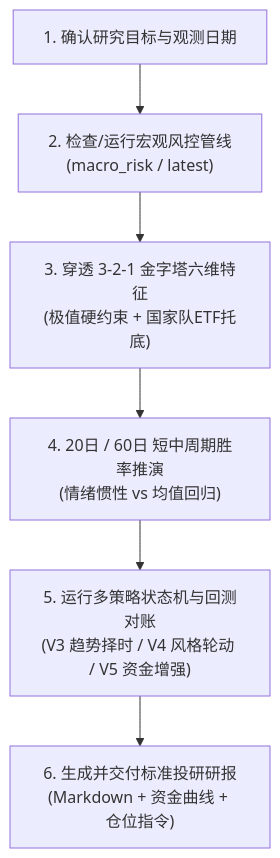
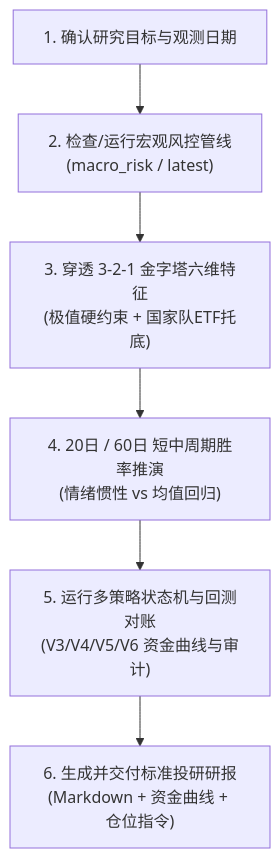
The diagram in .agents/skills/macro-risk-research/SKILL.md (aidenreed937/stock), drawn with Mermaid before and after one commit. The commit also changed other lines of this file and 4 other files, not shown here.

````diff
--- a/.agents/skills/macro-risk-research/SKILL.md
+++ b/.agents/skills/macro-risk-research/SKILL.md
@@ -32,8 +32,8 @@
 ```mermaid
 flowchart TD
     A["1. 确认研究目标与观测日期"] --> B["2. 检查/运行宏观风控管线<br>(macro_risk / latest)"]
     B --> C["3. 穿透 3-2-1 金字塔六维特征<br>(极值硬约束 + 国家队ETF托底)"]
     C --> D["4. 20日 / 60日 短中周期胜率推演<br>(情绪惯性 vs 均值回归)"]
-    D --> E["5. 运行多策略状态机与回测对账<br>(V3 趋势择时 / V4 风格轮动 / V5 资金增强)"]
+    D --> E["5. 运行多策略状态机与回测对账<br>(V3/V4/V5/V6 资金曲线与审计)"]
     E --> F["6. 生成并交付标准投研研报<br>(Markdown + 资金曲线 + 仓位指令)"]
 ```
````
